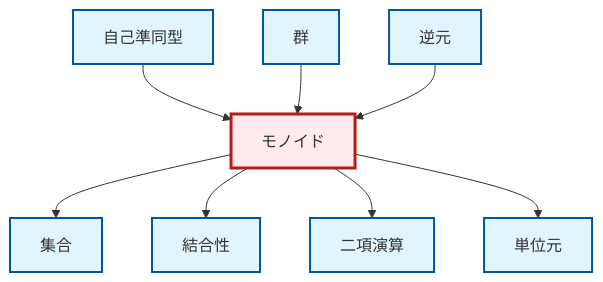
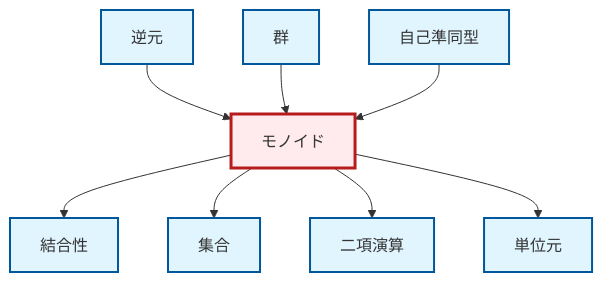
One commit to RK0429/ModernMath changed the diagram in output/mermaid/ja/def-monoid.mermaid. Above: the diagram before and after it, drawn with Mermaid. The commit also changed other lines of this file and 3108 other files, not shown here.

```diff
--- a/output/mermaid/ja/def-monoid.mermaid
+++ b/output/mermaid/ja/def-monoid.mermaid
@@ -1,22 +1,22 @@
 graph TD
     classDef definition fill:#e1f5fe,stroke:#01579b,stroke-width:2px
     classDef theorem fill:#f3e5f5,stroke:#4a148c,stroke-width:2px
     classDef axiom fill:#fff3e0,stroke:#e65100,stroke-width:2px
     classDef example fill:#e8f5e9,stroke:#1b5e20,stroke-width:2px
     classDef current fill:#ffebee,stroke:#b71c1c,stroke-width:3px
+    def-group["群"]:::definition
+    def-monoid["モノイド"]:::definition
+    def-inverse-element["逆元"]:::definition
+    def-associativity["結合性"]:::definition
+    def-identity-element["単位元"]:::definition
+    def-binary-operation["二項演算"]:::definition
     def-set["集合"]:::definition
-    def-identity-element["単位元"]:::definition
-    def-inverse-element["逆元"]:::definition
     def-endomorphism["自己準同型"]:::definition
-    def-associativity["結合性"]:::definition
-    def-monoid["モノイド"]:::definition
-    def-group["群"]:::definition
-    def-binary-operation["二項演算"]:::definition
+    def-monoid --> def-associativity
+    def-inverse-element --> def-monoid
     def-monoid --> def-set
+    def-group --> def-monoid
     def-endomorphism --> def-monoid
-    def-group --> def-monoid
-    def-monoid --> def-associativity
     def-monoid --> def-binary-operation
-    def-inverse-element --> def-monoid
     def-monoid --> def-identity-element
     class def-monoid current
```
